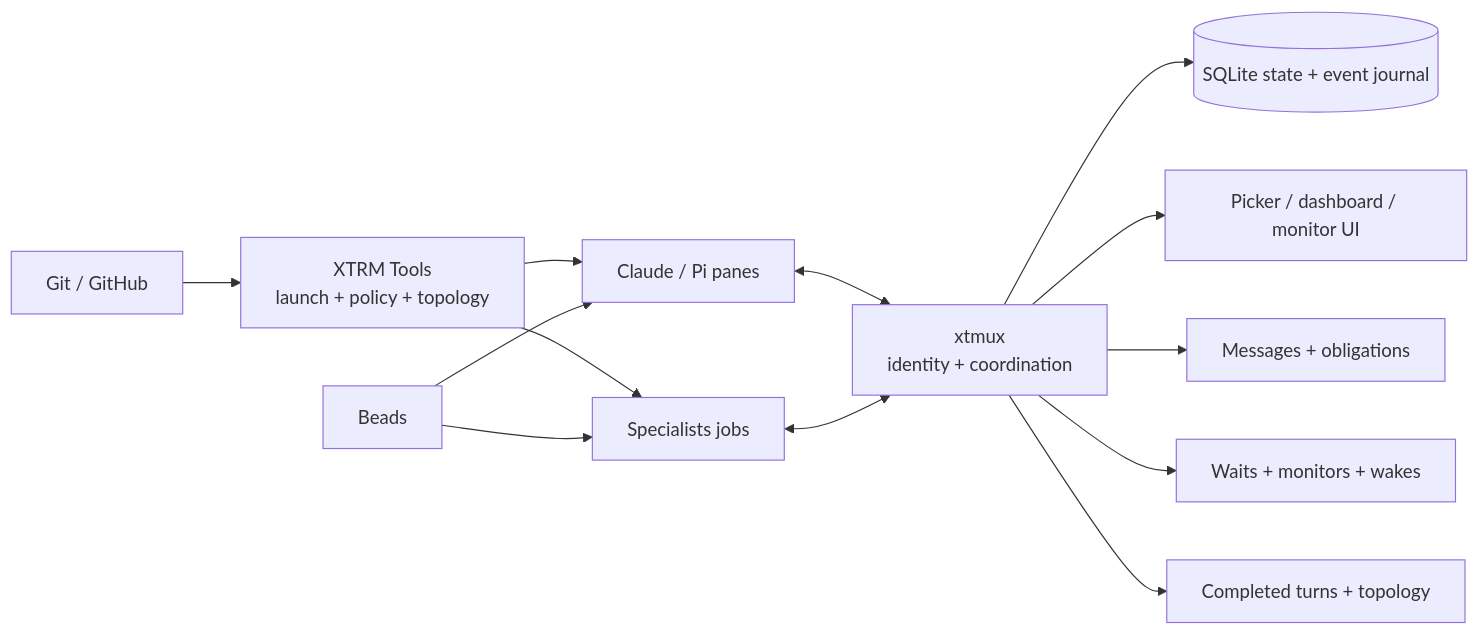
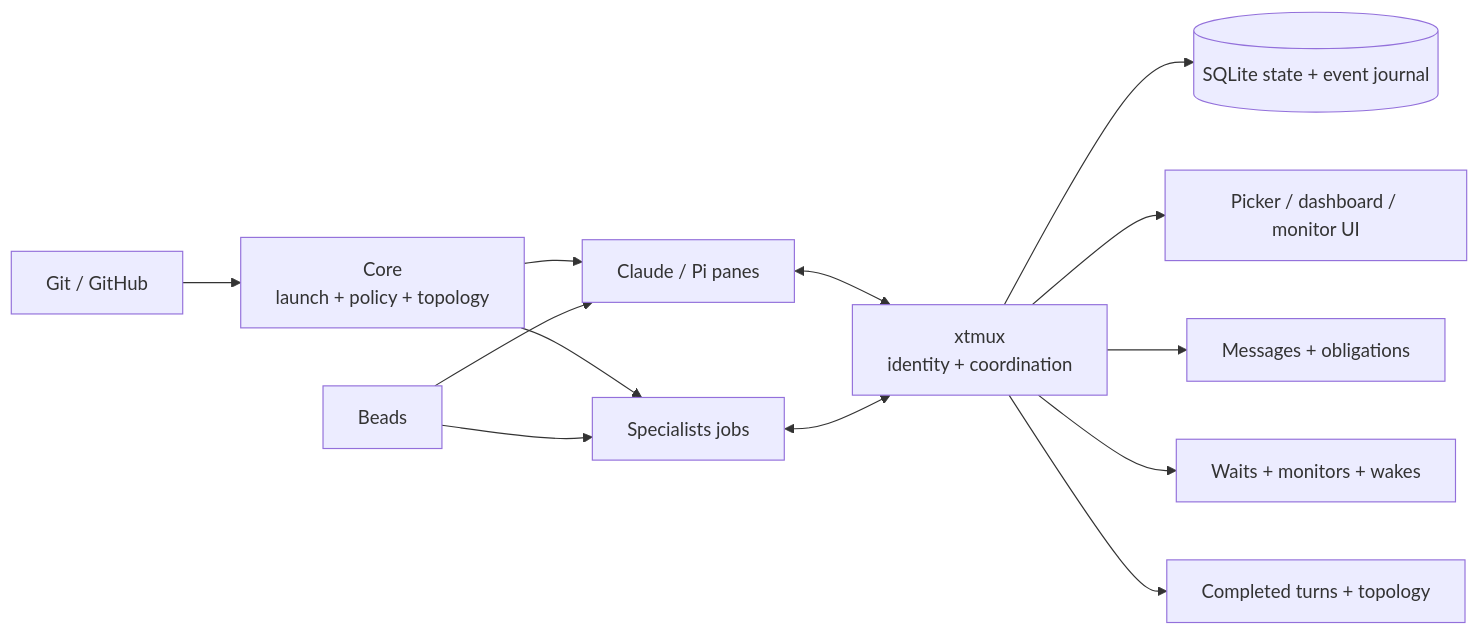
The first of 2 diagrams in README.md (Jaggerxtrm/xtmux), drawn with Mermaid before and after one commit. The commit also changed other lines of this file, not shown here.

Commit message:
docs(readme): use Core and XTRM naming

````diff
--- a/README.md
+++ b/README.md
@@ -31,18 +36,18 @@
 ```mermaid
 flowchart LR
-    C[XTRM Tools<br/>launch + policy + topology] --> A[Claude / Pi panes]
+    C[Core<br/>launch + policy + topology] --> A[Claude / Pi panes]
     C --> S[Specialists jobs]
 
     A <--> X[xtmux<br/>identity + coordination]
     S <--> X
 
     X --> DB[(SQLite state + event journal)]
     X --> UI[Picker / dashboard / monitor UI]
     X --> M[Messages + obligations]
     X --> W[Waits + monitors + wakes]
     X --> T[Completed turns + topology]
 
     B[Beads] --> A
     B --> S
     G[Git / GitHub] --> C
 ```
````
